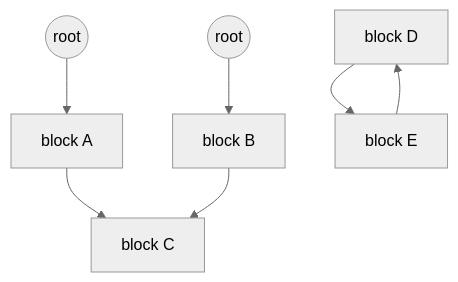
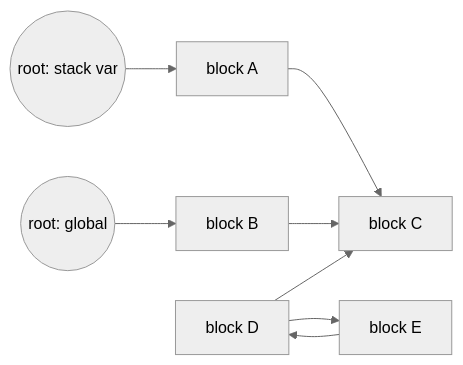
The second of 2 diagrams in src/csapp/lessons/26-malloc.md (alvinnew100/grand-line-study-guide), drawn with Mermaid (neutral theme) before and after one commit. The commit also changed other lines of this file and 47 other files, not shown here.

````diff
--- a/src/csapp/lessons/26-malloc.md
+++ b/src/csapp/lessons/26-malloc.md
@@ -222,9 +247,10 @@
 ```mermaid
-graph TB
-  R1((root)) --> A[block A]
-  R2((root)) --> B[block B]
-  A --> C[block C]
-  B --> C
-  D[block D] --> E[block E]
-  E --> D
+flowchart LR
+    R1((root: stack var)) --> A[block A]
+    R2((root: global)) --> B[block B]
+    A --> C[block C]
+    B --> C
+    D[block D] --> E[block E]
+    E --> D
+    D --> C
 ```
````
